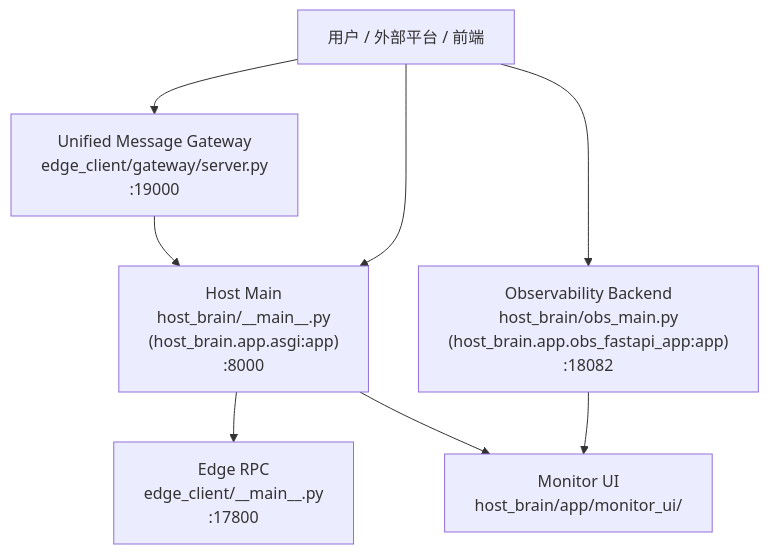
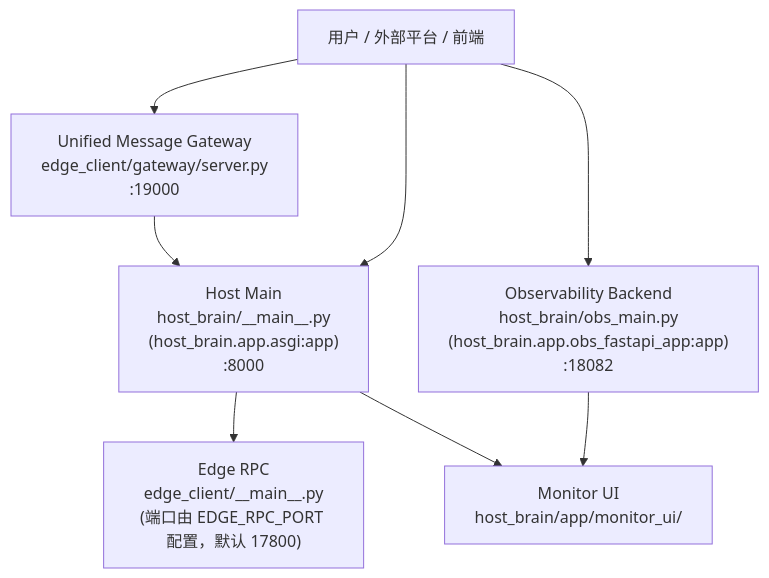
One commit to SakuraYoruno/Natsume_Ai changed the first of 4 diagrams in docs/15_theory/architecture_overview.md. Above: the diagram before and after it, drawn with Mermaid. The commit also changed 12 other files, not shown here.

````diff
--- a/docs/15_theory/architecture_overview.md
+++ b/docs/15_theory/architecture_overview.md
@@ -20,10 +20,10 @@
 ```mermaid
 graph TB
     USER["用户 / 外部平台 / 前端"] --> HOST["Host Main<br/>host_brain/__main__.py<br/>(host_brain.app.asgi:app)<br/>:8000"]
     USER --> OBS["Observability Backend<br/>host_brain/obs_main.py<br/>(host_brain.app.obs_fastapi_app:app)<br/>:18082"]
-    HOST --> EDGE["Edge RPC<br/>edge_client/__main__.py<br/>:17800"]
+    HOST --> EDGE["Edge RPC<br/>edge_client/__main__.py<br/>(端口由 EDGE_RPC_PORT 配置，默认 17800)"]
     USER --> GATEWAY["Unified Message Gateway<br/>edge_client/gateway/server.py<br/>:19000"]
     GATEWAY --> HOST
     OBS --> MON["Monitor UI<br/>host_brain/app/monitor_ui/"]
     HOST --> MON
 ```
````
